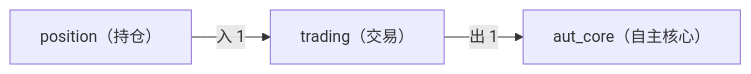
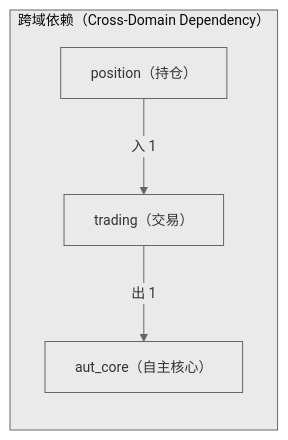
One commit to xuanFelixVan/ZephyrAlpha changed the second of 2 diagrams in docs/02_enterprise_architecture/06_decision_architecture/19_decision_l3_trading.md. Above: the diagram before and after it, drawn with Mermaid. The commit also changed other lines of this file and 23 other files, not shown here.

First line of the commit message:
fix(decision-diagram): mermaid 图加 subgraph 容器 + clusterBkg 主题变量

````diff
--- a/docs/02_enterprise_architecture/06_decision_architecture/19_decision_l3_trading.md
+++ b/docs/02_enterprise_architecture/06_decision_architecture/19_decision_l3_trading.md
@@ -119,8 +120,11 @@
 ```mermaid
+%%{init: {'theme': 'base', 'themeVariables': {'primaryColor': '#eaeaea', 'primaryTextColor': '#333333', 'primaryBorderColor': '#666666', 'lineColor': '#666666', 'clusterBkg': '#eaeaea', 'clusterBorder': '#666666', 'fontSize': '14px'}}}%%
 flowchart LR
-    SELF["trading（交易）"]
-    EXT_aut_core["aut_core（自主核心）"]
-    SELF -->|出 1| EXT_aut_core
-    EXT_position["position（持仓）"]
-    EXT_position -->|入 1| SELF
+    subgraph cd_sg["跨域依赖（Cross-Domain Dependency）"]
+        SELF["trading（交易）"]
+        EXT_aut_core["aut_core（自主核心）"]
+        SELF -->|出 1| EXT_aut_core
+        EXT_position["position（持仓）"]
+        EXT_position -->|入 1| SELF
+    end
 ```
````
